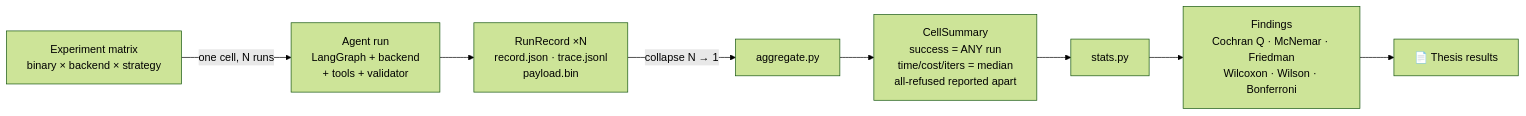
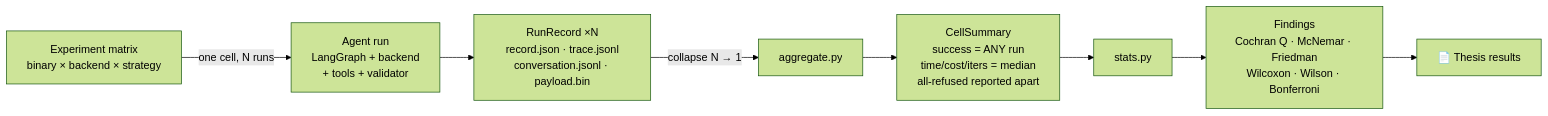
Before and after one commit to powerjm/SARA: the second of 6 diagrams in docs/DIAGRAMS.md, drawn with Mermaid (forest theme). The commit also changed other lines of this file and 172 other files, not shown here.

````diff
--- a/docs/DIAGRAMS.md
+++ b/docs/DIAGRAMS.md
@@ -95,14 +95,14 @@
 ```mermaid
 flowchart LR
     MATRIX["Experiment matrix<br/>binary × backend × strategy"]
     RUN["Agent run<br/>LangGraph + backend<br/>+ tools + validator"]
-    REC["RunRecord ×N<br/>record.json · trace.jsonl<br/>payload.bin"]
+    REC["RunRecord ×N<br/>record.json · trace.jsonl<br/>conversation.jsonl · payload.bin"]
     AGG["aggregate.py"]
     CELL["CellSummary<br/>success = ANY run<br/>time/cost/iters = median<br/>all-refused reported apart"]
     STATS["stats.py"]
     FIND["Findings<br/>Cochran Q · McNemar · Friedman<br/>Wilcoxon · Wilson · Bonferroni"]
     THESIS["📄 Thesis results"]
 
     MATRIX -->|one cell, N runs| RUN --> REC
     REC -->|collapse N → 1| AGG --> CELL --> STATS --> FIND --> THESIS
 ```
````
